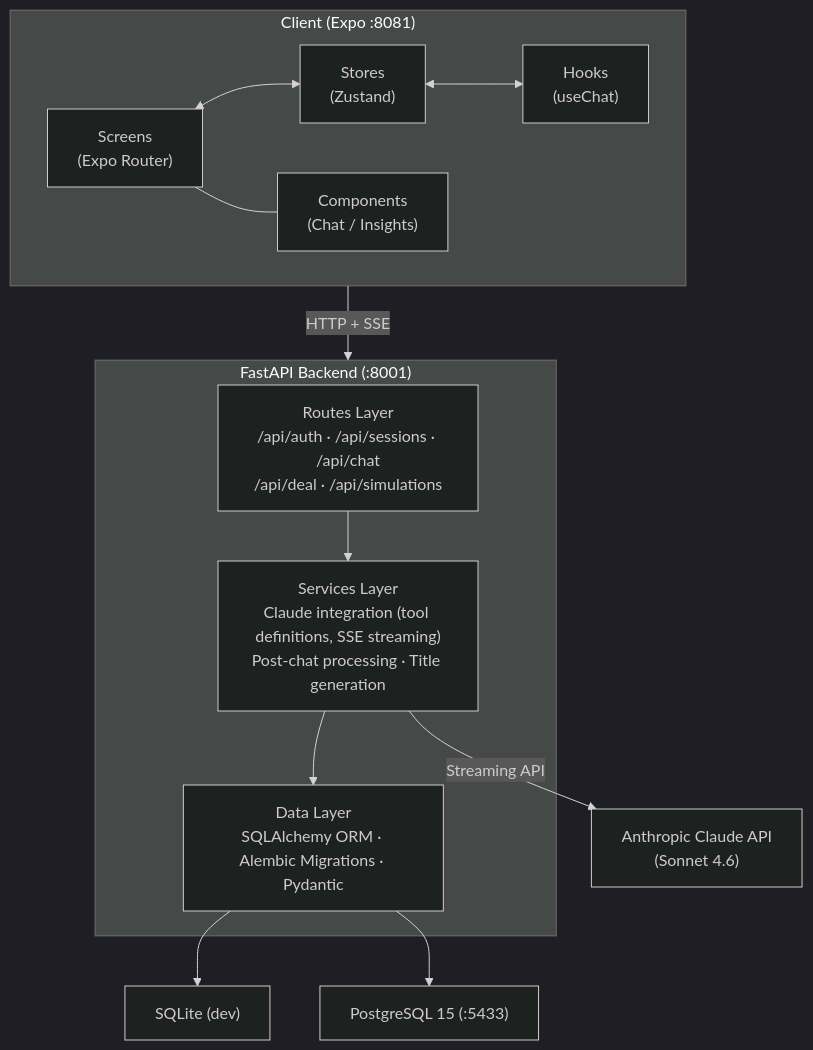
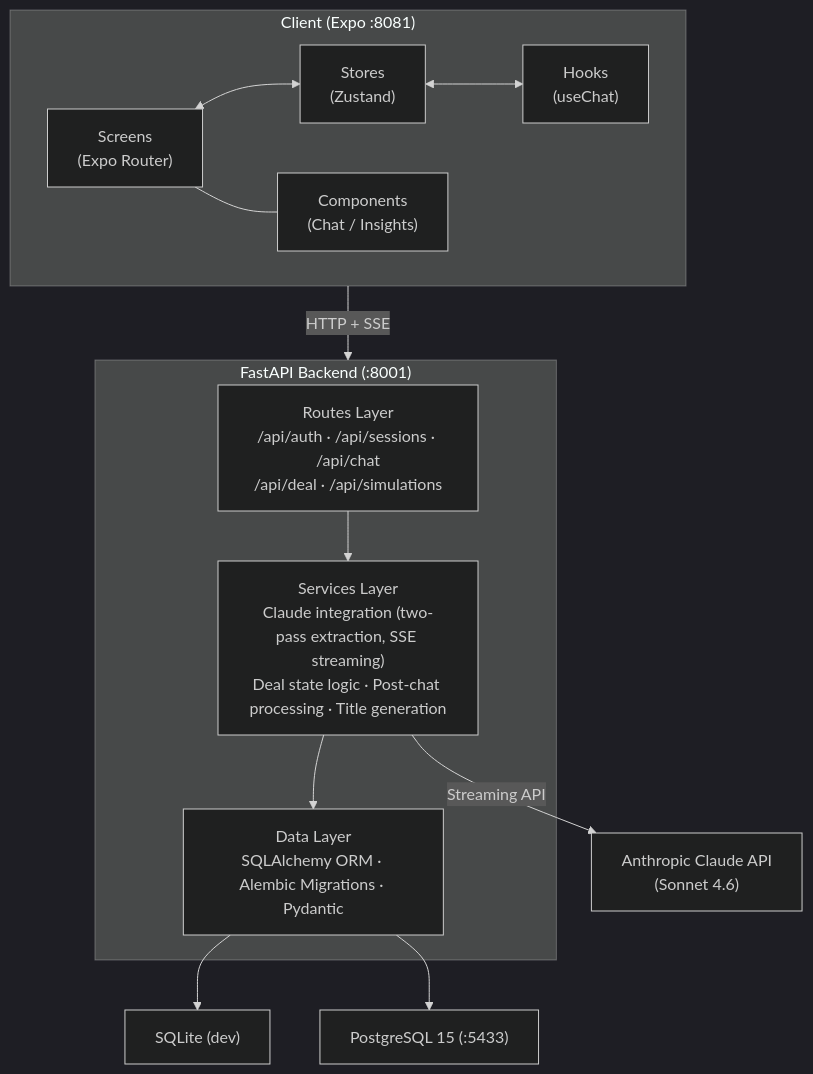
Before and after one commit to kramersmith/dealership-ai: the first of 2 diagrams in docs/TRD.md, drawn with Mermaid (dark theme). The commit also changed other lines of this file and 70 other files, not shown here.

First line of the commit message:
feat(deals): multi-vehicle/deal data architecture with AI-driven insights panel

````diff
--- a/docs/TRD.md
+++ b/docs/TRD.md
@@ -70,24 +70,24 @@
 ```mermaid
 graph TB
     subgraph Client["Client (Expo :8081)"]
         Screens["Screens<br/>(Expo Router)"]
         Stores["Stores<br/>(Zustand)"]
         Hooks["Hooks<br/>(useChat)"]
         Components["Components<br/>(Chat / Insights)"]
         Screens <--> Stores <--> Hooks
         Screens --- Components
     end
 
     Client -->|"HTTP + SSE"| Backend
 
     subgraph Backend["FastAPI Backend (:8001)"]
         Routes["Routes Layer<br/>/api/auth · /api/sessions · /api/chat<br/>/api/deal · /api/simulations"]
-        Services["Services Layer<br/>Claude integration (tool definitions, SSE streaming)<br/>Post-chat processing · Title generation"]
+        Services["Services Layer<br/>Claude integration (two-pass extraction, SSE streaming)<br/>Deal state logic · Post-chat processing · Title generation"]
         Data["Data Layer<br/>SQLAlchemy ORM · Alembic Migrations · Pydantic"]
         Routes --> Services --> Data
     end
 
     Data --> SQLite["SQLite (dev)"]
     Data --> PostgreSQL["PostgreSQL 15 (:5433)"]
     Services -->|"Streaming API"| Claude["Anthropic Claude API<br/>(Sonnet 4.6)"]
 ```
````
